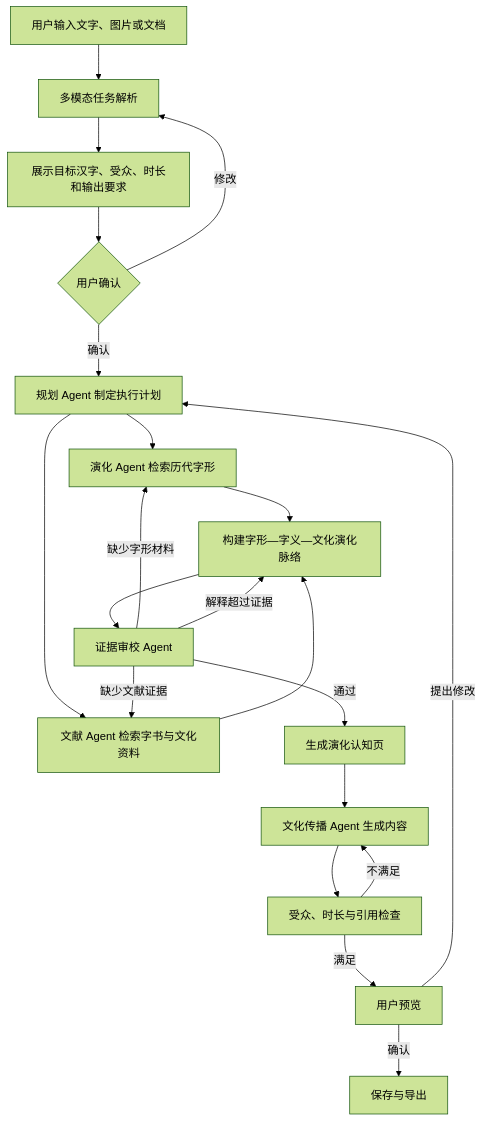
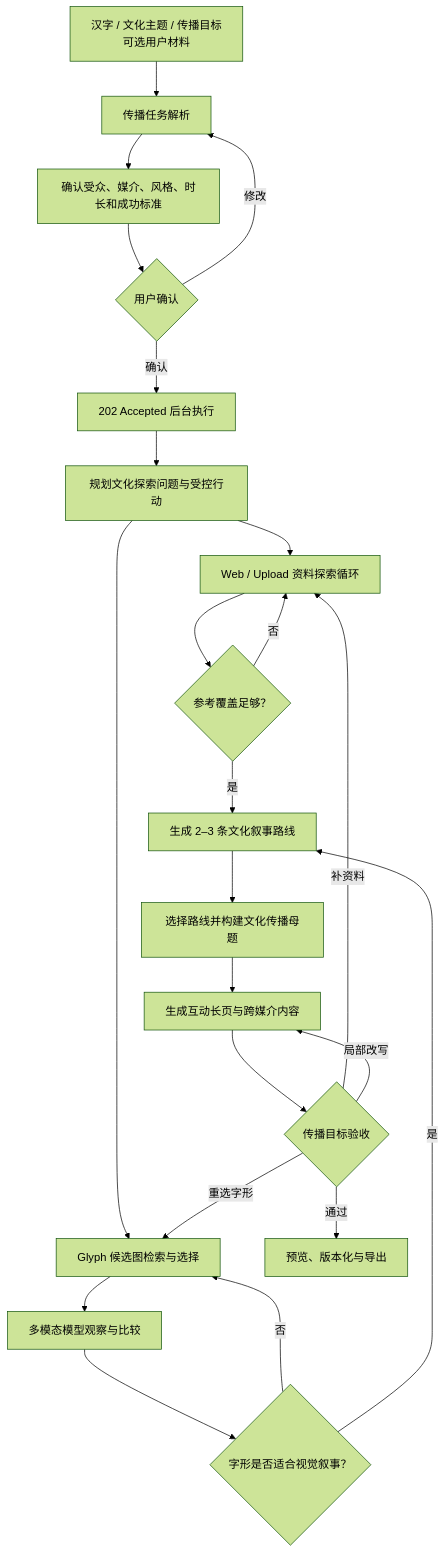
One commit to DaHaohao2003/CharacterVein changed the diagram in docs/PRD.md. Above: the diagram before and after it, drawn with Mermaid (forest theme). The commit also changed other lines of this file and 67 other files, not shown here.

````diff
--- a/docs/PRD.md
+++ b/docs/PRD.md
@@ -203,23 +214,25 @@
 ```mermaid
 flowchart TD
-    A[用户输入文字、图片或文档] --> B[多模态任务解析]
-    B --> C[展示目标汉字、受众、时长和输出要求]
+    A[汉字 / 文化主题 / 传播目标<br/>可选用户材料] --> B[传播任务解析]
+    B --> C[确认受众、媒介、风格、时长和成功标准]
     C --> D{用户确认}
     D -->|修改| B
-    D -->|确认| E[规划 Agent 制定执行计划]
-    E --> F[演化 Agent 检索历代字形]
-    E --> G[文献 Agent 检索字书与文化资料]
-    F --> H[构建字形—字义—文化演化脉络]
-    G --> H
-    H --> I[证据审校 Agent]
-    I -->|缺少字形材料| F
-    I -->|缺少文献证据| G
-    I -->|解释超过证据| H
-    I -->|通过| J[生成演化认知页]
-    J --> K[文化传播 Agent 生成内容]
-    K --> L[受众、时长与引用检查]
-    L -->|不满足| K
-    L -->|满足| M[用户预览]
-    M -->|提出修改| E
-    M -->|确认| N[保存与导出]
+    D -->|确认| E[202 Accepted 后台执行]
+    E --> F[规划文化探索问题与受控行动]
+    F --> G[Web / Upload 资料探索循环]
+    F --> K[Glyph 候选图检索与选择]
+    G --> H{参考覆盖足够？}
+    H -->|否| G
+    K --> V[多模态模型观察与比较]
+    V --> L{字形是否适合视觉叙事？}
+    L -->|否| K
+    H -->|是| M[生成 2–3 条文化叙事路线]
+    L -->|是| M
+    M --> N[选择路线并构建文化传播母题]
+    N --> O[生成互动长页与跨媒介内容]
+    O --> Q{传播目标验收}
+    Q -->|补资料| G
+    Q -->|重选字形| K
+    Q -->|局部改写| O
+    Q -->|通过| P[预览、版本化与导出]
 ```
````
